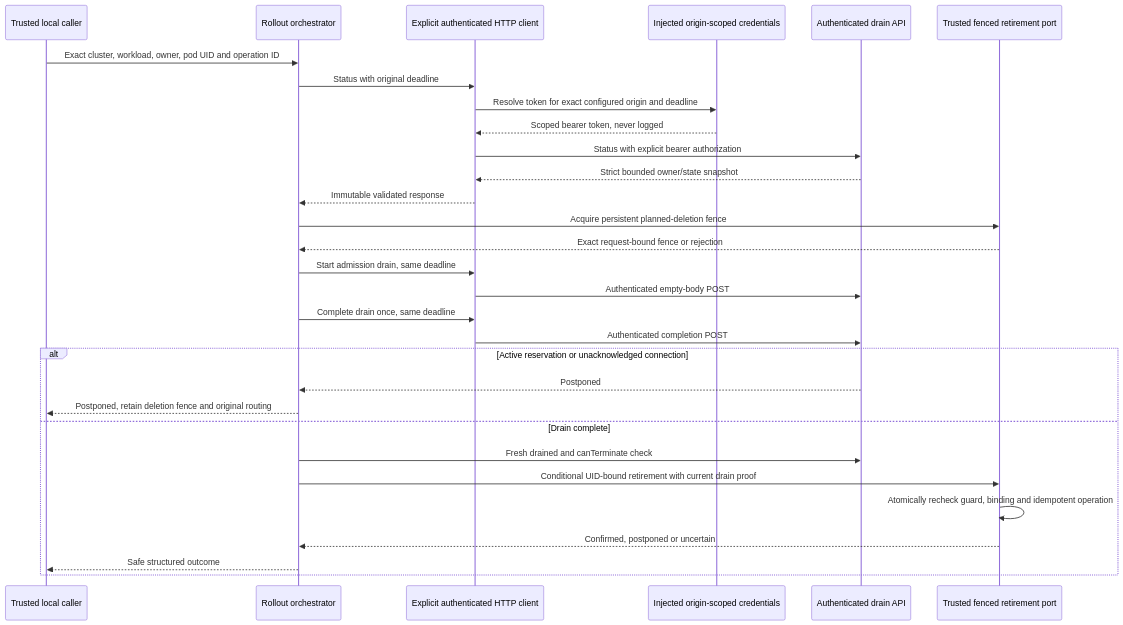
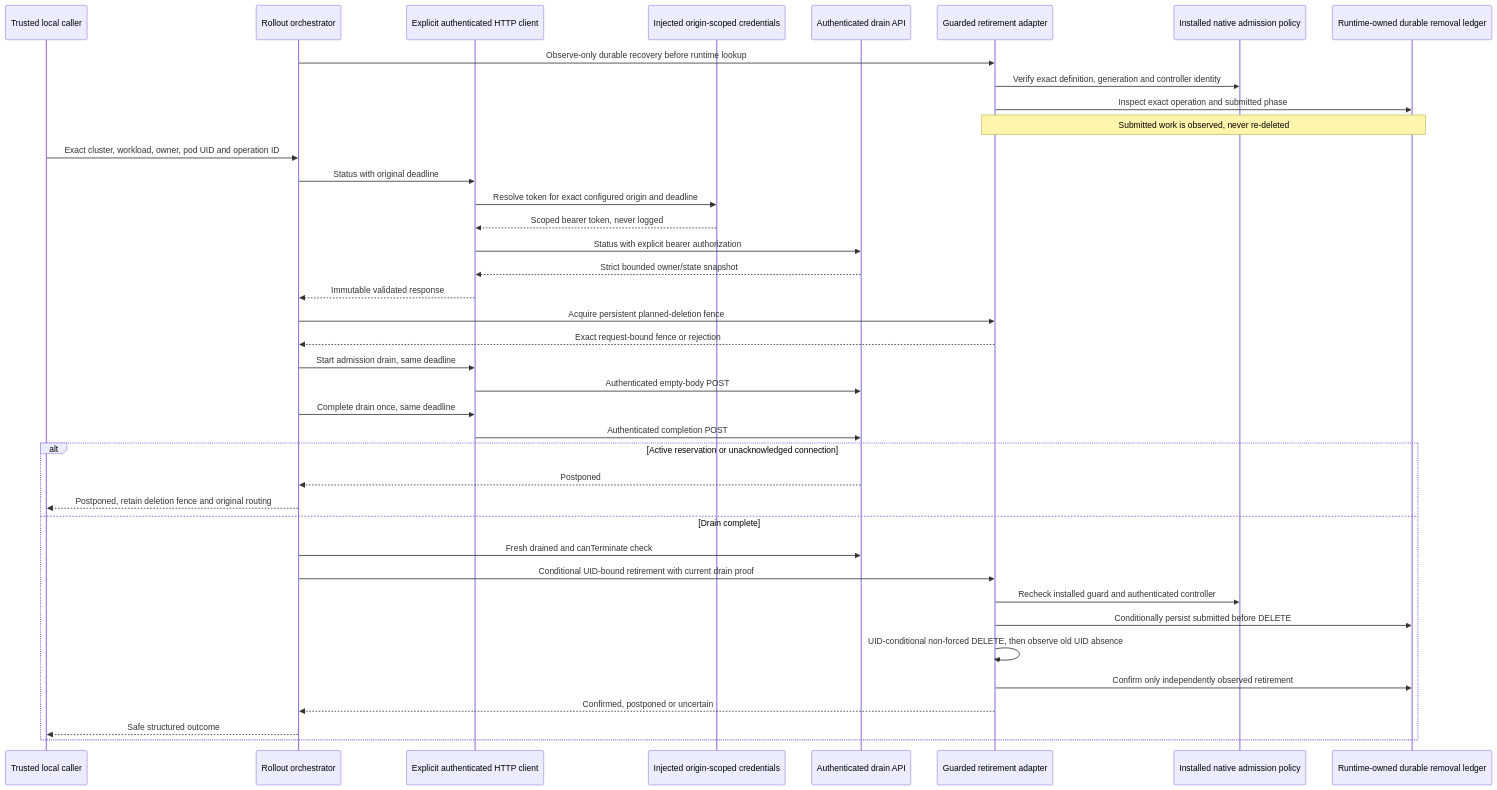
One commit to marvinbuss/caller-ai changed the second of 2 diagrams in code/docs/runbooks/drain-rollout.md. Above: the diagram before and after it, drawn with Mermaid. The commit also changed other lines of this file and 34 other files, not shown here.

````diff
--- a/code/docs/runbooks/drain-rollout.md
+++ b/code/docs/runbooks/drain-rollout.md
@@ -107,32 +150,41 @@
 ```mermaid
 sequenceDiagram
     participant Operator as Trusted local caller
     participant Tool as Rollout orchestrator
     participant HTTP as Explicit authenticated HTTP client
     participant Identity as Injected origin-scoped credentials
     participant Runtime as Authenticated drain API
-    participant Cluster as Trusted fenced retirement port
+    participant Cluster as Guarded retirement adapter
+    participant Policy as Installed native admission policy
+    participant Ledger as Runtime-owned durable removal ledger
+    Tool->>Cluster: Observe-only durable recovery before runtime lookup
+    Cluster->>Policy: Verify exact definition, generation and controller identity
+    Cluster->>Ledger: Inspect exact operation and submitted phase
+    Note over Cluster,Ledger: Submitted work is observed, never re-deleted
     Operator->>Tool: Exact cluster, workload, owner, pod UID and operation ID
     Tool->>HTTP: Status with original deadline
     HTTP->>Identity: Resolve token for exact configured origin and deadline
     Identity-->>HTTP: Scoped bearer token, never logged
     HTTP->>Runtime: Status with explicit bearer authorization
     Runtime-->>HTTP: Strict bounded owner/state snapshot
     HTTP-->>Tool: Immutable validated response
     Tool->>Cluster: Acquire persistent planned-deletion fence
     Cluster-->>Tool: Exact request-bound fence or rejection
     Tool->>HTTP: Start admission drain, same deadline
     HTTP->>Runtime: Authenticated empty-body POST
     Tool->>HTTP: Complete drain once, same deadline
     HTTP->>Runtime: Authenticated completion POST
     alt Active reservation or unacknowledged connection
         Runtime-->>Tool: Postponed
         Tool-->>Operator: Postponed, retain deletion fence and original routing
     else Drain complete
         Tool->>Runtime: Fresh drained and canTerminate check
         Tool->>Cluster: Conditional UID-bound retirement with current drain proof
-        Cluster->>Cluster: Atomically recheck guard, binding and idempotent operation
+        Cluster->>Policy: Recheck installed guard and authenticated controller
+        Cluster->>Ledger: Conditionally persist submitted before DELETE
+        Cluster->>Cluster: UID-conditional non-forced DELETE, then observe old UID absence
+        Cluster->>Ledger: Confirm only independently observed retirement
         Cluster-->>Tool: Confirmed, postponed or uncertain
         Tool-->>Operator: Safe structured outcome
     end
 ```
````
